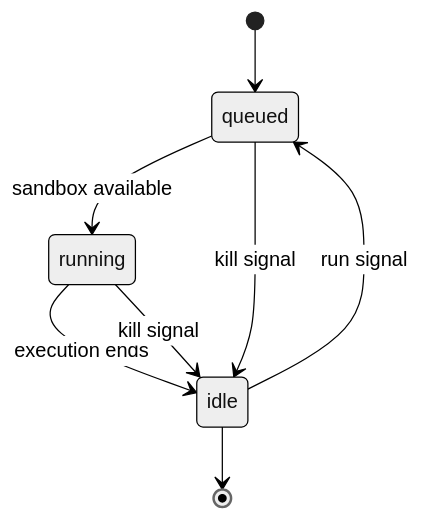
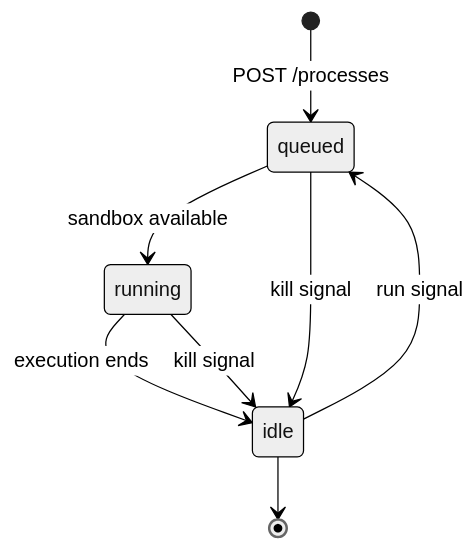
The second of 2 diagrams in docs/client-overview.mdx (actelos/actelos.github.io), drawn with Mermaid (neutral theme) before and after one commit. The commit also changed other lines of this file and 2 other files, not shown here.

Commit message:
Add client processes documentation and update overview

````diff
--- a/docs/client-overview.mdx
+++ b/docs/client-overview.mdx
@@ -143,16 +41,16 @@
 ```mermaid
 stateDiagram-v2
     direction TB
 
-    [*] --> queued
+    [*] --> queued : POST /processes
 
     queued --> running : sandbox available
     running --> idle : execution ends
 
     queued --> idle : kill signal
     running --> idle : kill signal
 
     idle --> queued : run signal
 
     idle --> [*]
 ```
````
